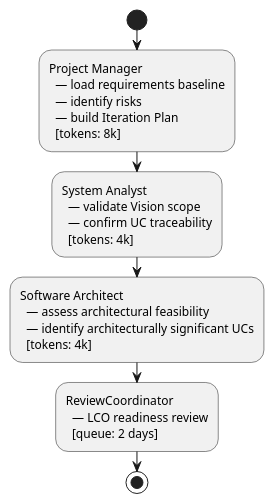
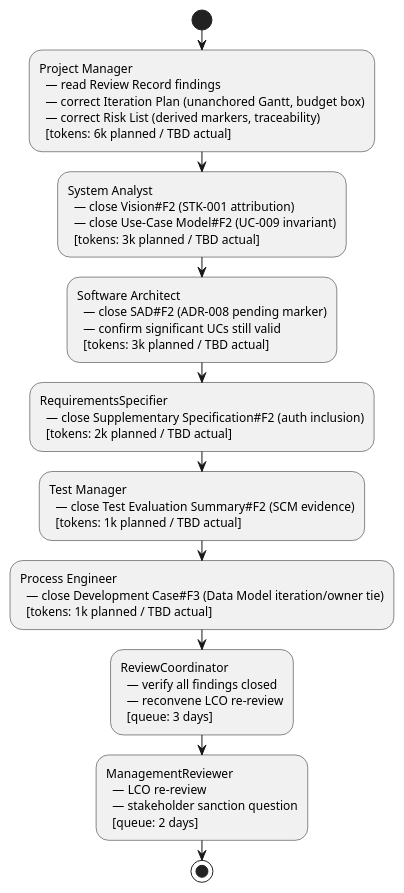
Before and after one commit to banense-test/portal: the second of 2 diagrams in docs/artifacts/project-management/iteration-plan.md, drawn with PlantUML. The commit also changed other lines of this file, not shown here.

First line of the commit message:
Project Manager [I2]: upsert Iteration Plan

````diff
--- a/docs/artifacts/project-management/iteration-plan.md
+++ b/docs/artifacts/project-management/iteration-plan.md
@@ -58,22 +61,36 @@
 ```plantuml
-@startuml Inception_Iter1_Critical_Chain
+@startuml Inception_Iter2_Critical_Chain
 start
 :Project Manager
-  — load requirements baseline
-  — identify risks
-  — build Iteration Plan
-  [tokens: 8k];
+  — read Review Record findings
+  — correct Iteration Plan (unanchored Gantt, budget box)
+  — correct Risk List (derived markers, traceability)
+  [tokens: 6k planned / TBD actual];
 :System Analyst
-  — validate Vision scope
-  — confirm UC traceability
-  [tokens: 4k];
+  — close Vision#F2 (STK-001 attribution)
+  — close Use-Case Model#F2 (UC-009 invariant)
+  [tokens: 3k planned / TBD actual];
 :Software Architect
-  — assess architectural feasibility
-  — identify architecturally significant UCs
-  [tokens: 4k];
+  — close SAD#F2 (ADR-008 pending marker)
+  — confirm significant UCs still valid
+  [tokens: 3k planned / TBD actual];
+:RequirementsSpecifier
+  — close Supplementary Specification#F2 (auth inclusion)
+  [tokens: 2k planned / TBD actual];
+:Test Manager
+  — close Test Evaluation Summary#F2 (SCM evidence)
+  [tokens: 1k planned / TBD actual];
+:Process Engineer
+  — close Development Case#F3 (Data Model iteration/owner tie)
+  [tokens: 1k planned / TBD actual];
 :ReviewCoordinator
-  — LCO readiness review
+  — verify all findings closed
+  — reconvene LCO re-review
+  [queue: 3 days];
+:ManagementReviewer
+  — LCO re-review
+  — stakeholder sanction question
   [queue: 2 days];
 stop
 @enduml
 ```
````
